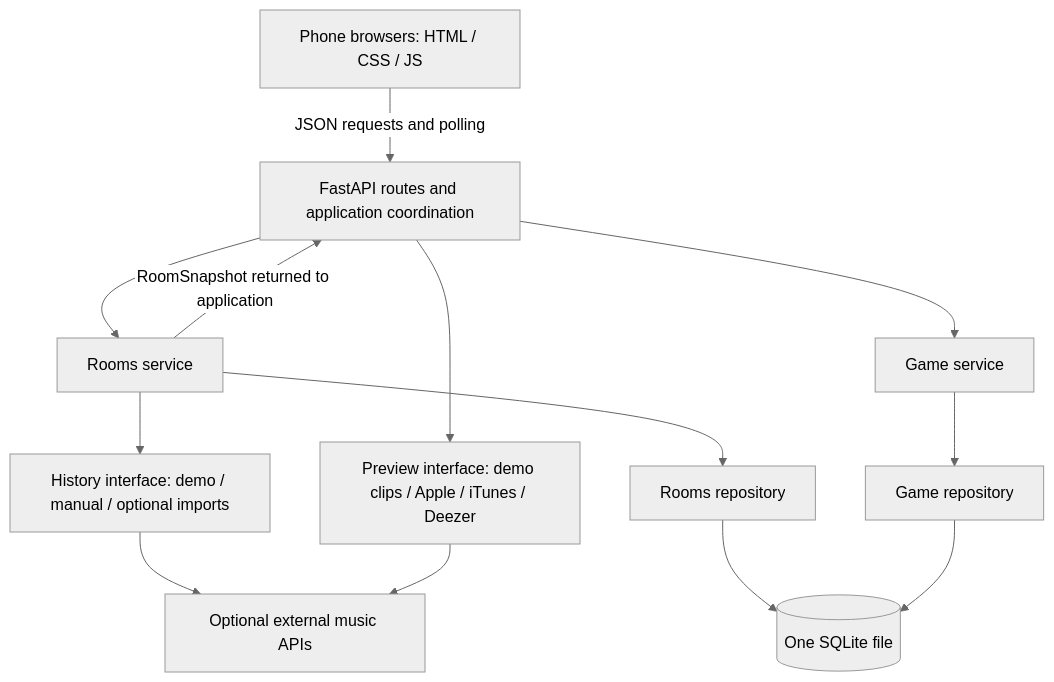
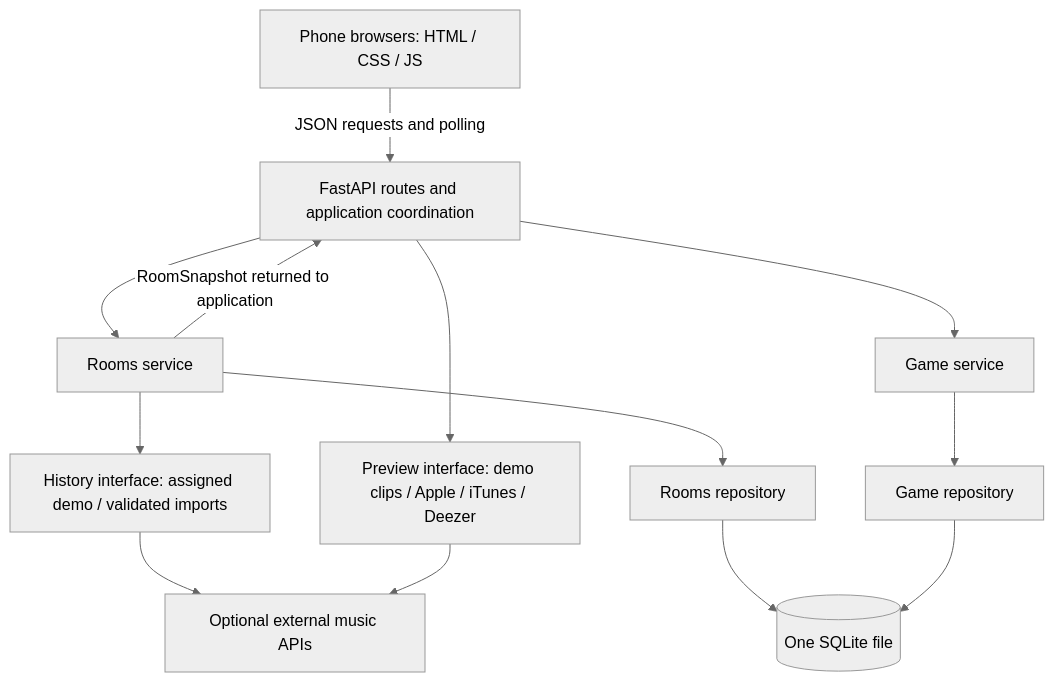
One commit to Inventure71/DevOpsAssignement changed the diagram in docs/05_ARCHITECTURE.md. Above: the diagram before and after it, drawn with Mermaid (neutral theme). The commit also changed other lines of this file and 7 other files, not shown here.

````diff
--- a/docs/05_ARCHITECTURE.md
+++ b/docs/05_ARCHITECTURE.md
@@ -38,15 +42,15 @@
 ```mermaid
 flowchart TD
     Browser["Phone browsers: HTML / CSS / JS"] -->|"JSON requests and polling"| App["FastAPI routes and application coordination"]
     App --> Rooms["Rooms service"]
     App --> Game["Game service"]
     Rooms -->|"RoomSnapshot returned to application"| App
-    Rooms --> History["History interface: demo / manual / optional imports"]
+    Rooms --> History["History interface: assigned demo / validated imports"]
     App --> Preview["Preview interface: demo clips / Apple / iTunes / Deezer"]
     History --> Providers["Optional external music APIs"]
     Preview --> Providers
     Rooms --> RoomsStore["Rooms repository"]
     Game --> GameStore["Game repository"]
     RoomsStore --> SQLite[("One SQLite file")]
     GameStore --> SQLite
 ```
````
